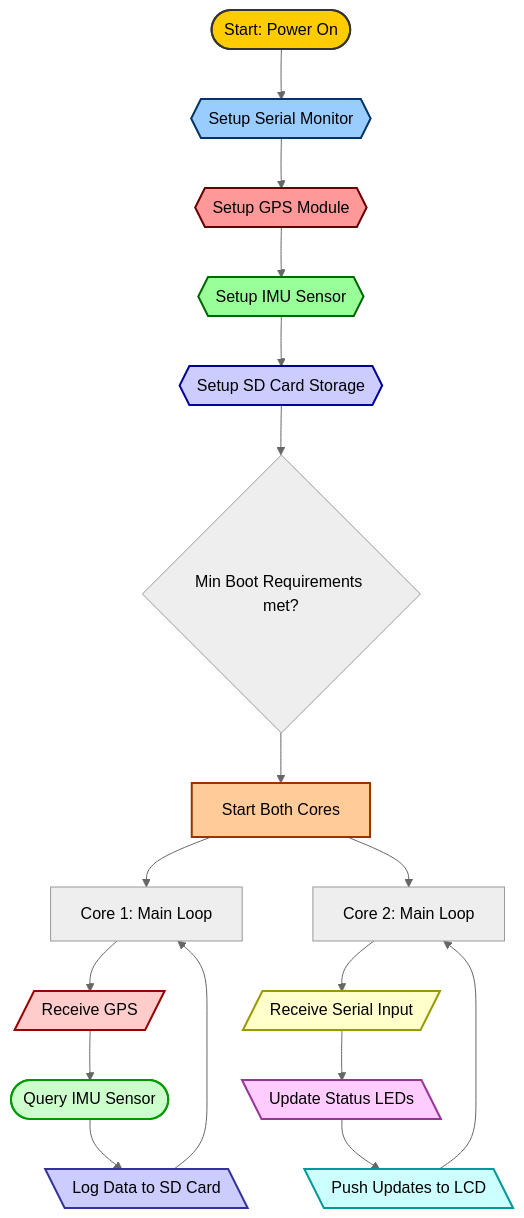
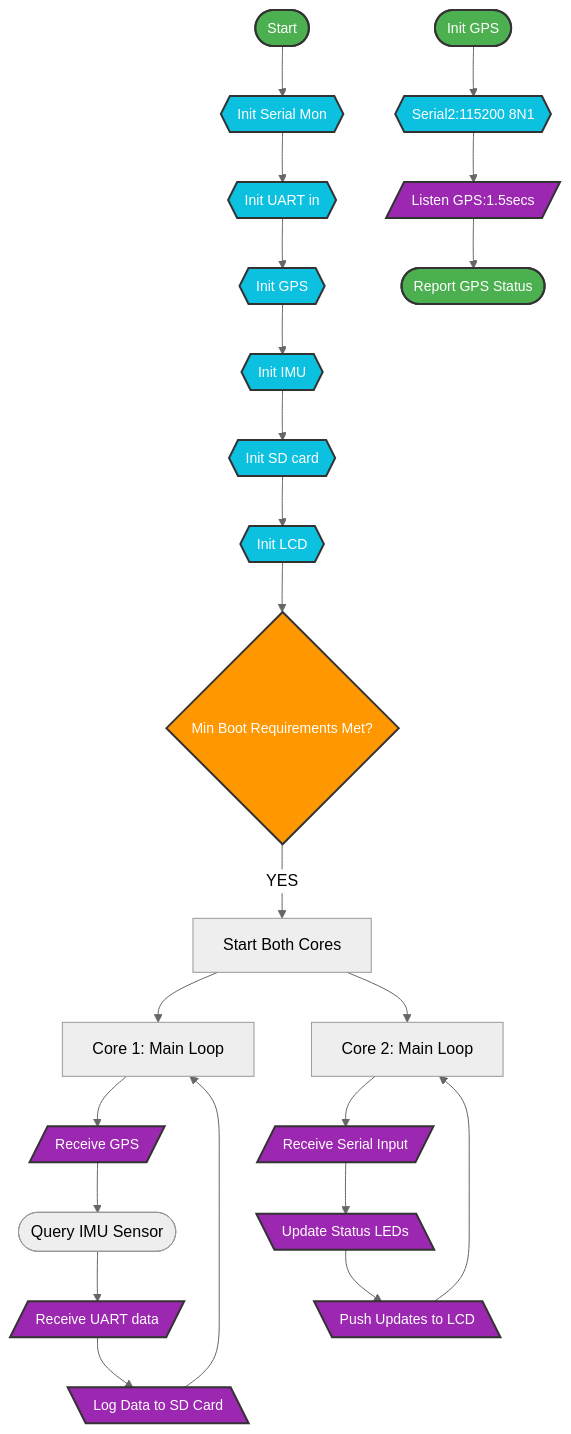
Before and after one commit to Phoenixjack/otw: the diagram in readme.md, drawn with Mermaid (neutral theme). The commit also changed other lines of this file, not shown here.

````diff
--- a/readme.md
+++ b/readme.md
@@ -35,43 +35,49 @@
 ```mermaid
 flowchart TD
-    %% Nodes for Setup Routine
-    Start([Start: Power On]) --> SerialSetup{{Setup Serial Monitor}}
-    SerialSetup --> GPSSetup{{Setup GPS Module}}
-    GPSSetup --> IMUSetup{{Setup IMU Sensor}}
-    IMUSetup --> SDCardSetup{{Setup SD Card Storage}}
-
-    SDCardSetup --> SystemReady{"Min Boot Requirements met?"}
-    SystemReady --> StartCores[Start Both Cores]
-
+    %% Define Nodes
+    Start([Start]) --> InitSerMon{{Init Serial Mon}}
+    InitSerMon --> InitUARTin{{Init UART in}}
+    InitUARTin --> InitGPS{{Init GPS}}
+    InitGPS --> InitIMU{{Init IMU}}
+    InitIMU --> InitSDcard{{Init SD card}}
+    InitSDcard --> InitLCD{{Init LCD}}
+	InitLCD --> MinBootReqs{"Min Boot Requirements Met?"}
+	MinBootReqs --> |YES| StartBothCores[Start Both Cores]
+	
     %% Main Loops
-    StartCores --> Core1Main[Core 1: Main Loop]
-    StartCores --> Core2Main[Core 2: Main Loop]
+    StartBothCores --> Core1Main[Core 1: Main Loop]
+    StartBothCores --> Core2Main[Core 2: Main Loop]
 
     %% Core 1 Tasks
     Core1Main --> GPSFunctions[/Receive GPS/]
     GPSFunctions --> IMUFunctions([Query IMU Sensor])
-    IMUFunctions --> SDLogging[\Log Data to SD Card\]
+	IMUFunctions --> GetUARTdata[/Receive UART data/]
+    GetUARTdata --> SDLogging[\Log Data to SD Card\]
     SDLogging --> Core1Main
 
     %% Core 2 Tasks
     Core2Main --> SerialIO[/Receive Serial Input/]
     SerialIO --> StatusLED[\Update Status LEDs\]
     StatusLED --> LCDDisplay[\Push Updates to LCD\]
     LCDDisplay --> Core2Main
 
-    %% Styling
-    style Start fill:#ffcc00,stroke:#333,stroke-width:2px
-    style SerialSetup fill:#99ccff,stroke:#003366,stroke-width:2px
-    style GPSSetup fill:#ff9999,stroke:#660000,stroke-width:2px
-    style IMUSetup fill:#99ff99,stroke:#006600,stroke-width:2px
-    style SDCardSetup fill:#ccccff,stroke:#000099,stroke-width:2px
-    style StartCores fill:#ffcc99,stroke:#993300,stroke-width:2px
+	StartGPS([Init GPS]) --> InitSerial2{{Serial2:115200 8N1}}
+	InitSerial2 --> ListenGPS[/"Listen GPS:1.5secs"/]
+	ListenGPS --> ReportGPS([Report GPS Status])
+	
+    %% Define Classes
+    classDef startStop fill:#4CAF50,stroke:#333,stroke-width:2px,font-size:14px,color:#fff;
+    classDef process fill:#2196F3,stroke:#333,stroke-width:2px,font-size:14px,color:#fff;
+    classDef decision fill:#FF9800,stroke:#333,stroke-width:2px,font-size:14px,color:#fff;
+    classDef input fill:#9C27B0,stroke:#333,stroke-width:2px,font-size:14px,color:#fff;
+    classDef output fill:#9C27B0,stroke:#333,stroke-width:2px,font-size:14px,color:#fff;
+    classDef config fill:#0CC0DF,stroke:#333,stroke-width:2px,font-size:14px,color:#fff;
 
-    style GPSFunctions fill:#ffcccc,stroke:#990000,stroke-width:2px
-    style IMUFunctions fill:#ccffcc,stroke:#009900,stroke-width:2px
-    style SDLogging fill:#ccccff,stroke:#333399,stroke-width:2px
-
-    style SerialIO fill:#ffffcc,stroke:#999900,stroke-width:2px
-    style StatusLED fill:#ffccff,stroke:#993399,stroke-width:2px
-    style LCDDisplay fill:#ccffff,stroke:#009999,stroke-width:2px
+    %% Assign Classes
+    class Start,End,StartGPS,ReportGPS startStop;
+    class xxx process;
+    class MinBootReqs decision;
+    class GPSFunctions,SerialIO,GetUARTdata,ListenGPS input;
+	class SDLogging,StatusLED,LCDDisplay output;
+	class InitSerMon,InitUARTin,InitGPS,InitIMU,InitSDcard,InitLCD,InitSerial2 config;
 ```
````
